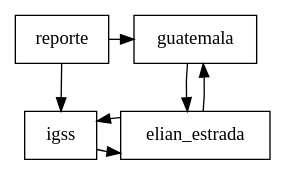
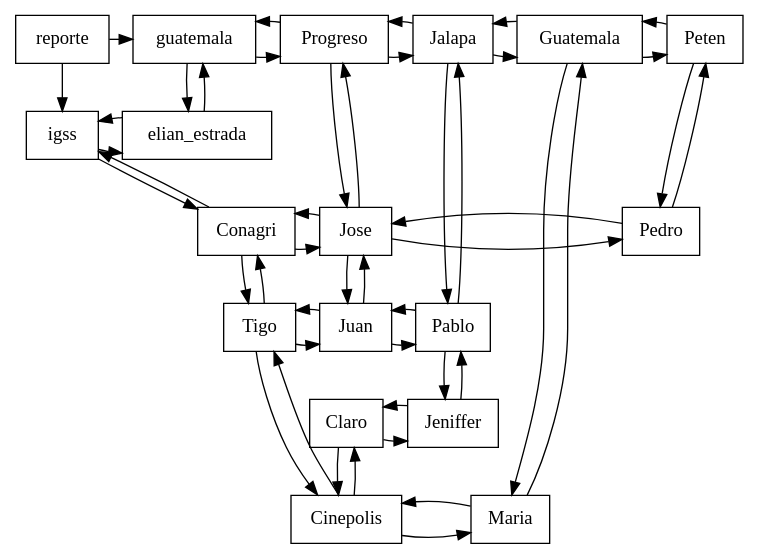
One commit to BrigidoAlvarado/proyecto-1-EDD-EVD-24 changed the diagram in proyecyo-1/cmake-build-debug/reporte_matriz_dispersa.dot. Above: the diagram before and after it, drawn with Graphviz. The commit also changed 9 other files, not shown here.

```diff
--- a/proyecyo-1/cmake-build-debug/reporte_matriz_dispersa.dot
+++ b/proyecyo-1/cmake-build-debug/reporte_matriz_dispersa.dot
@@ -1,16 +1,60 @@
 digraph SparseMatrix {
 node [shape=box];
     // Cabeceras Horizontales
     "reporte" -> "guatemala";
+    "guatemala" -> "Progreso";
+    "Progreso" -> "guatemala";
+    "Progreso" -> "Jalapa";
+    "Jalapa" -> "Progreso";
+    "Jalapa" -> "Guatemala";
+    "Guatemala" -> "Jalapa";
+    "Guatemala" -> "Peten";
+    "Peten" -> "Guatemala";
     // Coneccion entre filas
     "igss" -> elian_estrada;
     "elian_estrada" -> igss;
+    "Conagri" -> Jose;
+    "Jose" -> Conagri;
+    "Jose" -> Pedro;
+    "Pedro" -> Jose;
+    "Tigo" -> Juan;
+    "Juan" -> Tigo;
+    "Juan" -> Pablo;
+    "Pablo" -> Juan;
+    "Cinepolis" -> Maria;
+    "Maria" -> Cinepolis;
+    "Claro" -> Jeniffer;
+    "Jeniffer" -> Claro;
     // Cabeceras Verticales
     "reporte" -> "igss";
+    "igss" -> "Conagri";
+    "Conagri" -> "igss";
+    "Conagri" -> "Tigo";
+    "Tigo" -> "Conagri";
+    "Tigo" -> "Cinepolis";
+    "Cinepolis" -> "Tigo";
+    "Cinepolis" -> "Claro";
+    "Claro" -> "Cinepolis";
     // Coneccion entre filas
     "guatemala" -> elian_estrada;
     "elian_estrada" -> guatemala;
+    "Progreso" -> Jose;
+    "Jose" -> Progreso;
+    "Jose" -> Juan;
+    "Juan" -> Jose;
+    "Jalapa" -> Pablo;
+    "Pablo" -> Jalapa;
+    "Pablo" -> Jeniffer;
+    "Jeniffer" -> Pablo;
+    "Guatemala" -> Maria;
+    "Maria" -> Guatemala;
+    "Peten" -> Pedro;
+    "Pedro" -> Peten;
     // Encuadre
-    { rank=same; reporte; guatemala; }
+    { rank=same; reporte; guatemala; Progreso; Jalapa; Guatemala; Peten; }
     { rank=same; igss; elian_estrada; }
+    { rank=same; Conagri; Jose; Pedro; }
+    { rank=same; Tigo; Juan; Pablo; }
+    { rank=same; Cinepolis; Maria; }
+    { rank=same; Claro; Jeniffer; }
 }
```
